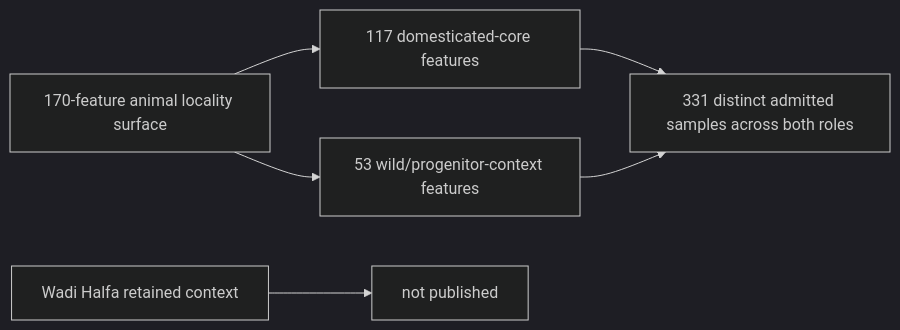
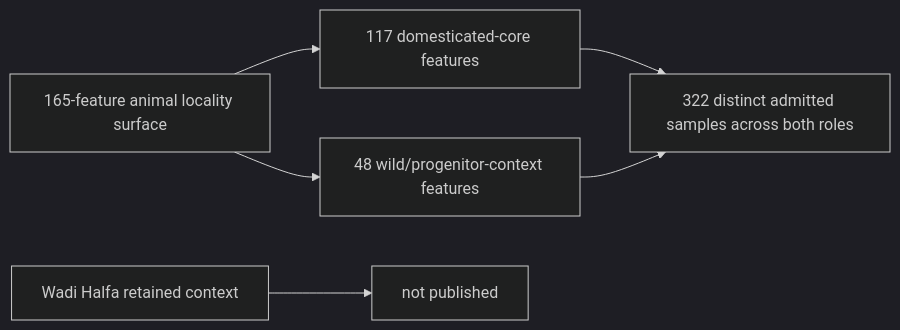
The third of 4 diagrams in docs/public/pollenomics/foundation/repository-scope-and-limits.md (bijux/bijux-pollenomics), drawn with Mermaid (dark theme) before and after one commit. The commit also changed other lines of this file and 956 other files, not shown here.

````diff
--- a/docs/public/pollenomics/foundation/repository-scope-and-limits.md
+++ b/docs/public/pollenomics/foundation/repository-scope-and-limits.md
@@ -138,8 +138,8 @@
 ```mermaid
 flowchart LR
-    Layer["170-feature animal locality surface"] --> Domestic["117 domesticated-core features"]
-    Layer --> Context["53 wild/progenitor-context features"]
-    Domestic --> Samples["331 distinct admitted samples across both roles"]
+    Layer["165-feature animal locality surface"] --> Domestic["117 domesticated-core features"]
+    Layer --> Context["48 wild/progenitor-context features"]
+    Domestic --> Samples["322 distinct admitted samples across both roles"]
     Context --> Samples
     Wadi["Wadi Halfa retained context"] --> Excluded["not published"]
 ```
````
